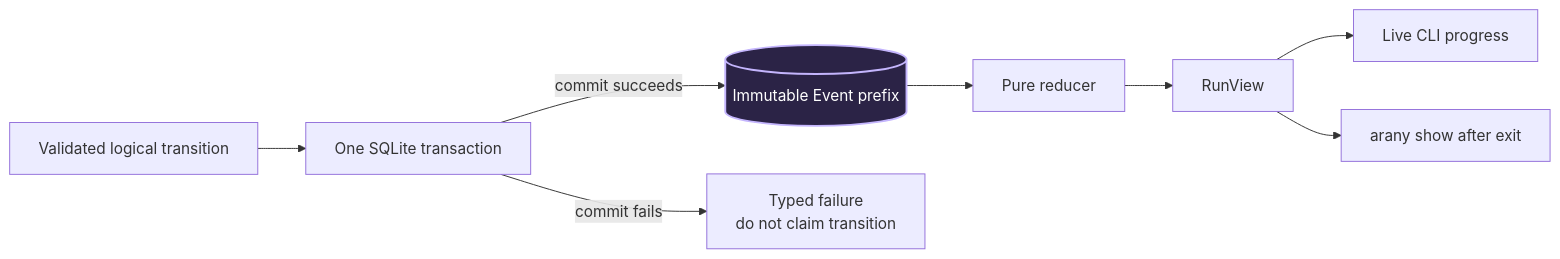
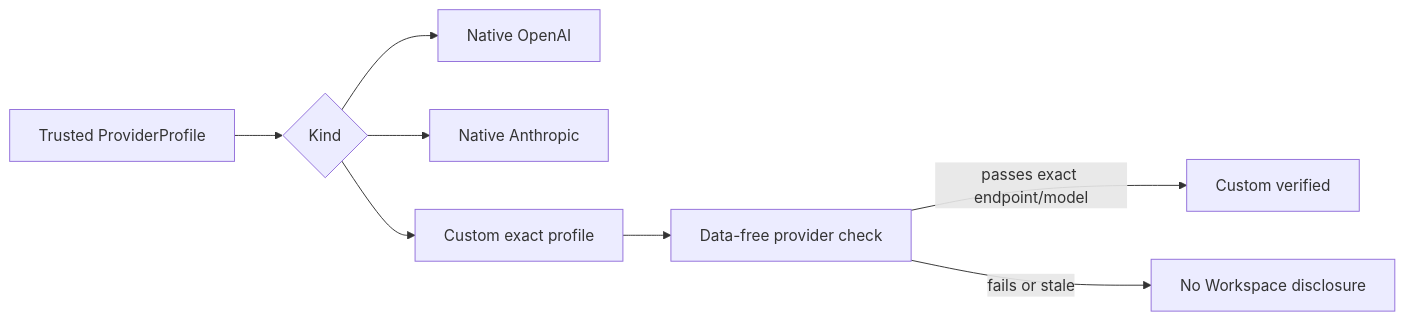
The sixth of 8 diagrams in docs/architecture/arany-conceptual-overview.md (fpmirabile/arany), drawn with Mermaid before and after one commit. The commit also changed other lines of this file and 31 other files, not shown here.

````diff
--- a/docs/architecture/arany-conceptual-overview.md
+++ b/docs/architecture/arany-conceptual-overview.md
@@ -208,13 +222,10 @@
 ```mermaid
 flowchart LR
-    Transition[Validated logical transition] --> Tx[One SQLite transaction]
-    Tx -->|commit succeeds| Events[(Immutable Event prefix)]
-    Events --> Reduce[Pure reducer]
-    Reduce --> View[RunView]
-    View --> Progress[Live CLI progress]
-    View --> Show[arany show after exit]
-    Tx -->|commit fails| NoClaim[Typed failure<br/>do not claim transition]
-
-    classDef canonical fill:#2b2346,color:#fff,stroke:#c4b5fd,stroke-width:2px;
-    class Events canonical;
+    Selection[Trusted ProviderProfile] --> Native{Kind}
+    Native --> OpenAI[Native OpenAI]
+    Native --> Anthropic[Native Anthropic]
+    Native --> Custom[Custom exact profile]
+    Custom --> Check[Data-free provider check]
+    Check -->|passes exact endpoint/model| Admitted[Custom verified]
+    Check -->|fails or stale| Blocked[No Workspace disclosure]
 ```
````
